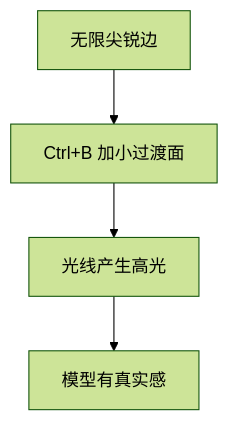
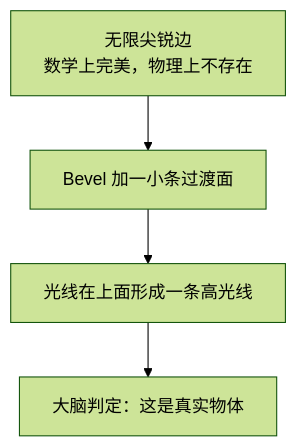
Before and after one commit to liuchamp/blenderdsv1: the third of 44 diagrams in Blender笔记/00-基础/06-倒角-Bevel.md, drawn with Mermaid (forest theme). The commit also changed other lines of this file and 16 other files, not shown here.

````diff
--- a/Blender笔记/00-基础/06-倒角-Bevel.md
+++ b/Blender笔记/00-基础/06-倒角-Bevel.md
@@ -20,4 +62,6 @@
 ```mermaid
 flowchart TD
-    A["无限尖锐边"] --> B["Ctrl+B 加小过渡面"] --> C["光线产生高光"] --> D["模型有真实感"]
+    A["无限尖锐边<br/>数学上完美，物理上不存在"] --> B["Bevel 加一小条过渡面"]
+    B --> C["光线在上面形成一条高光线"]
+    C --> D["大脑判定：这是真实物体"]
 ```
````
